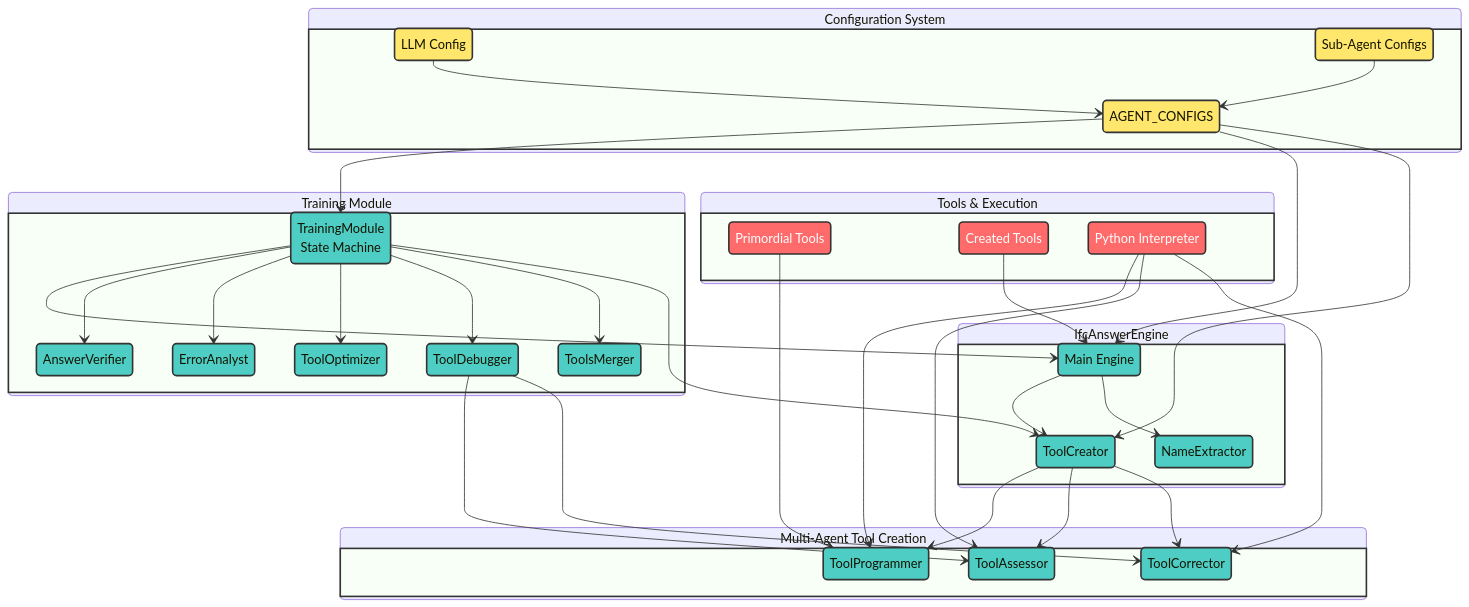
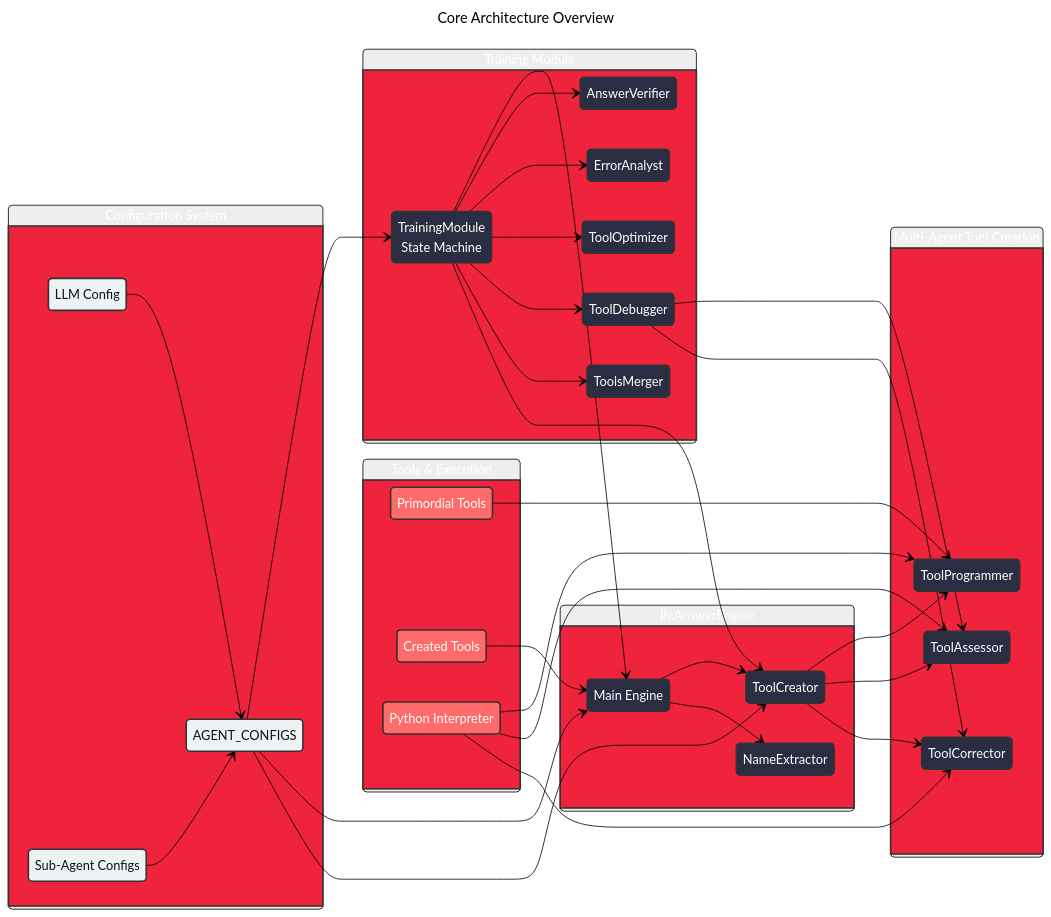
The first of 3 diagrams in README.md (sylvainHellin/cobbie), drawn with Mermaid before and after one commit. The commit also changed other lines of this file and 4 other files, not shown here.

````diff
--- a/README.md
+++ b/README.md
@@ -20,73 +20,80 @@
 ```mermaid
+---
+title: Core Architecture Overview
+config:
+  theme: neutral
+---
+
 stateDiagram-v2
-    classDef input fill:#1a535c,stroke:#333,stroke-width:2px,color:#fff
-    classDef module fill:#4ecdc4,stroke:#333,stroke-width:2px
-    classDef condition fill:#f7fff7,stroke:#333,stroke-width:2px
+    direction LR
+    classDef input fill:#8d99ae,stroke:#333,stroke-width:2px,color:#fff
+    classDef module fill:#2b2d42,stroke:#333,stroke-width:2px,color:#fff
+    classDef condition fill:#ef233c,stroke:#333,stroke-width:2px,color:#fff
     classDef output fill:#ff6b6b,stroke:#333,stroke-width:2px,color:#fff
-    classDef state fill:#ffe66d,stroke:#333,stroke-width:2px
+    classDef state fill:#edf2f4,stroke:#333,stroke-width:2px
 
     state "Training Module" as TM {
         state "TrainingModule<br/>State Machine" as TSM
         state "AnswerVerifier" as AV
         state "ErrorAnalyst" as EA
         state "ToolOptimizer" as TO
         state "ToolDebugger" as TD
         state "ToolsMerger" as TMR
     }
 
     state "IfcAnswerEngine" as IE {
         state "Main Engine" as ME
         state "ToolCreator" as TC
         state "NameExtractor" as NE
     }
 
     state "Multi-Agent Tool Creation" as MATC {
         state "ToolProgrammer" as TP
         state "ToolAssessor" as TA
         state "ToolCorrector" as TCR
     }
 
     state "Configuration System" as CS {
         state "AGENT_CONFIGS" as AC
         state "LLM Config" as LC
         state "Sub-Agent Configs" as SC
     }
 
     state "Tools & Execution" as TE {
         state "Primordial Tools" as PT
         state "Created Tools" as CT
         state "Python Interpreter" as PI
     }
 
     TSM --> ME
     TSM --> AV
     TSM --> EA
     TSM --> TO
     TSM --> TD
     TSM --> TMR
     TSM --> TC
 
     ME --> TC
     ME --> NE
     TC --> TP
     TC --> TA
     TC --> TCR
     TD --> TA
     TD --> TCR
 
     AC --> TSM
     AC --> ME
     AC --> TC
     LC --> AC
     SC --> AC
     PT --> TP
     CT --> ME
     PI --> TP
     PI --> TA
     PI --> TCR
 
     class TSM,ME,TC,NE,TP,TA,TCR,AV,EA,TO,TD,TMR module
     class AC,LC,SC state
     class PT,CT,PI output
     class TM,IE,MATC,CS,TE condition
 ```
````
